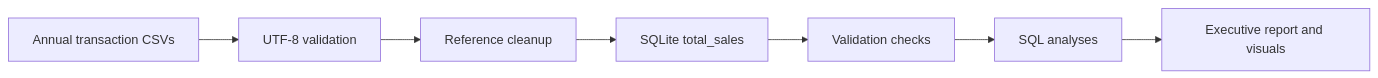
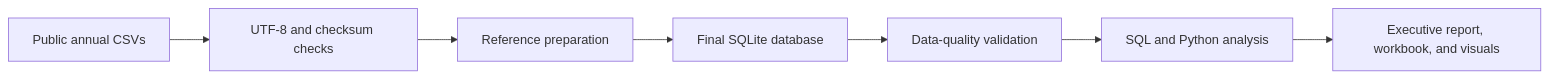
One commit to GlassHouse97/Distributor-Company-Case-Study changed the diagram in README.md. Above: the diagram before and after it, drawn with Mermaid. The commit also changed other lines of this file and 43 other files, not shown here.

Commit message:
Make portfolio fully reproducible with public data

````diff
--- a/README.md
+++ b/README.md
@@ -61,9 +80,9 @@
 ```mermaid
 flowchart LR
-    A["Annual transaction CSVs"] --> B["UTF-8 validation"]
-    B --> C["Reference cleanup"]
-    C --> D["SQLite total_sales"]
-    D --> E["Validation checks"]
-    E --> F["SQL analyses"]
-    F --> G["Executive report and visuals"]
+    A["Public annual CSVs"] --> B["UTF-8 and checksum checks"]
+    B --> C["Reference preparation"]
+    C --> D["Final SQLite database"]
+    D --> E["Data-quality validation"]
+    E --> F["SQL and Python analysis"]
+    F --> G["Executive report, workbook, and visuals"]
 ```
````
